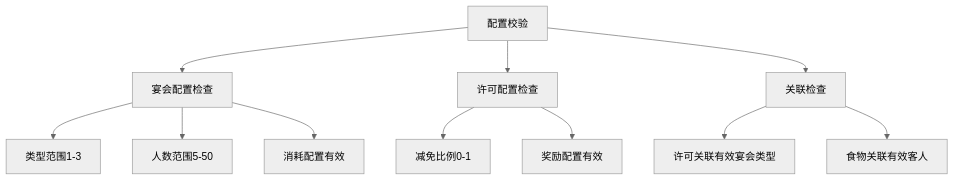
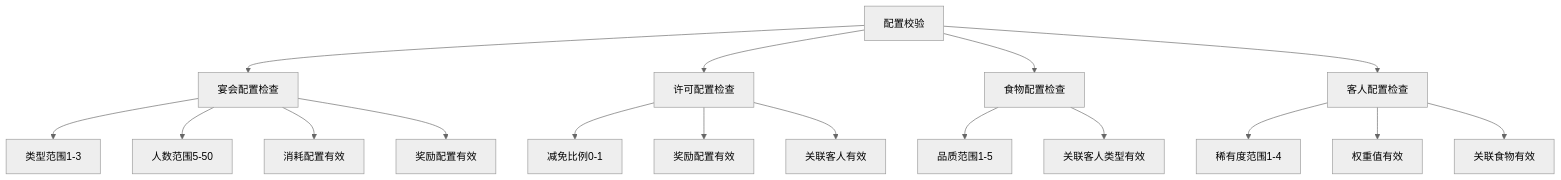
One commit to Alan-Ben/k2c_game_framework changed the fifth of 6 diagrams in docs/Module_Dinner/01_数据配表.md. Above: the diagram before and after it, drawn with Mermaid (neutral theme). The commit also changed other lines of this file and 7 other files, not shown here.

````diff
--- a/docs/Module_Dinner/01_数据配表.md
+++ b/docs/Module_Dinner/01_数据配表.md
@@ -644,16 +1037,23 @@
 ```mermaid
 flowchart TD
     A[配置校验] --> B[宴会配置检查]
     A --> C[许可配置检查]
-    A --> D[关联检查]
+    A --> D[食物配置检查]
+    A --> E[客人配置检查]
 
     B --> B1[类型范围1-3]
     B --> B2[人数范围5-50]
     B --> B3[消耗配置有效]
+    B --> B4[奖励配置有效]
 
     C --> C1[减免比例0-1]
     C --> C2[奖励配置有效]
+    C --> C3[关联客人有效]
 
-    D --> D1[许可关联有效宴会类型]
-    D --> D2[食物关联有效客人]
+    D --> D1[品质范围1-5]
+    D --> D2[关联客人类型有效]
+
+    E --> E1[稀有度范围1-4]
+    E --> E2[权重值有效]
+    E --> E3[关联食物有效]
 ```
````
